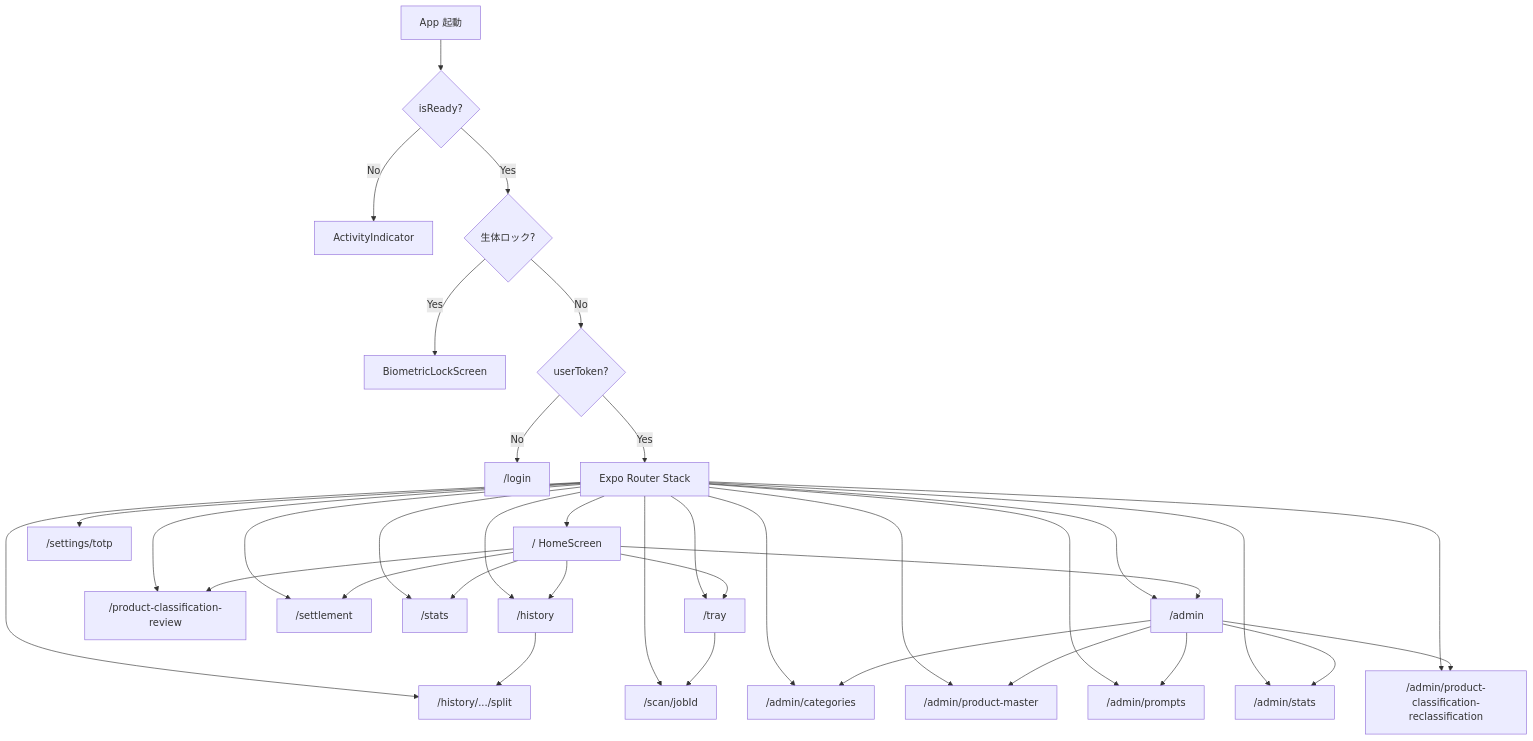
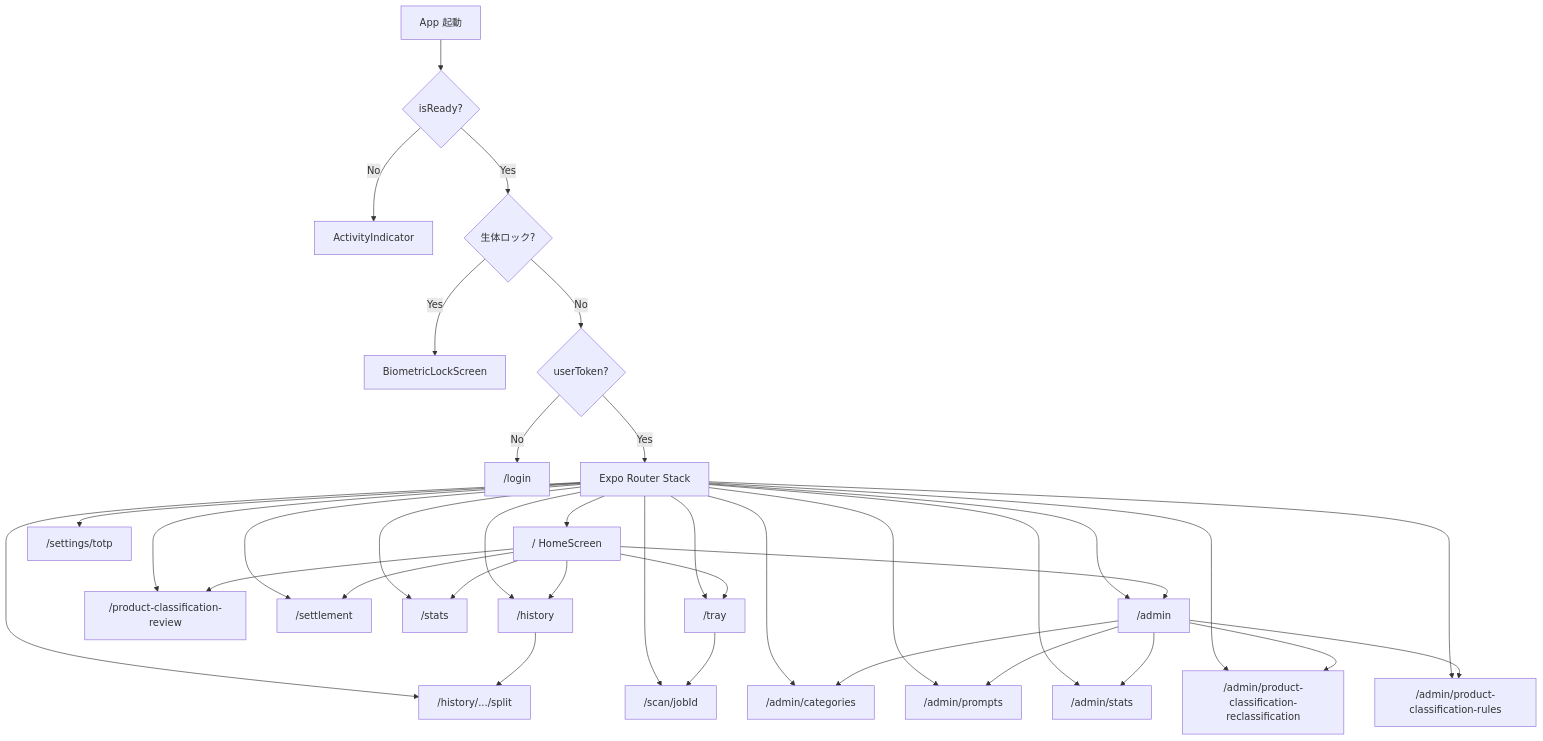
One commit to yama180sx/receipt-ai-app changed the first of 4 diagrams in docs/design/frontend-screens.md. Above: the diagram before and after it, drawn with Mermaid. The commit also changed other lines of this file and 13 other files, not shown here.

````diff
--- a/docs/design/frontend-screens.md
+++ b/docs/design/frontend-screens.md
@@ -71,31 +71,31 @@
 ```mermaid
 flowchart TD
   Start[App 起動] --> Ready{isReady?}
   Ready -->|No| Loading[ActivityIndicator]
   Ready -->|Yes| Bio{生体ロック?}
   Bio -->|Yes| BioScreen[BiometricLockScreen]
   Bio -->|No| Auth{userToken?}
   Auth -->|No| Login["/login"]
   Auth -->|Yes| Routes[Expo Router Stack]
 
   Routes --> Home["/ HomeScreen"]
   Routes --> Hist["/history"]
   Routes --> ClassReview["/product-classification-review"]
   Routes --> Split["/history/.../split"]
   Routes --> Settle["/settlement"]
   Routes --> Stats["/stats"]
   Routes --> Tray["/tray"]
   Routes --> Scan["/scan/jobId"]
   Routes --> Admin["/admin"]
   Routes --> Cat["/admin/categories"]
-  Routes --> Prod["/admin/product-master"]
   Routes --> Prompt["/admin/prompts"]
   Routes --> AdminS["/admin/stats"]
   Routes --> Reclassification["/admin/product-classification-reclassification"]
+  Routes --> Rules["/admin/product-classification-rules"]
   Routes --> Totp["/settings/totp"]
 
   Home --> Hist & ClassReview & Stats & Tray & Settle & Admin
   Tray --> Scan
   Hist --> Split
-  Admin --> Cat & Prod & Prompt & AdminS & Reclassification
+  Admin --> Cat & Prompt & AdminS & Reclassification & Rules
 ```
````
